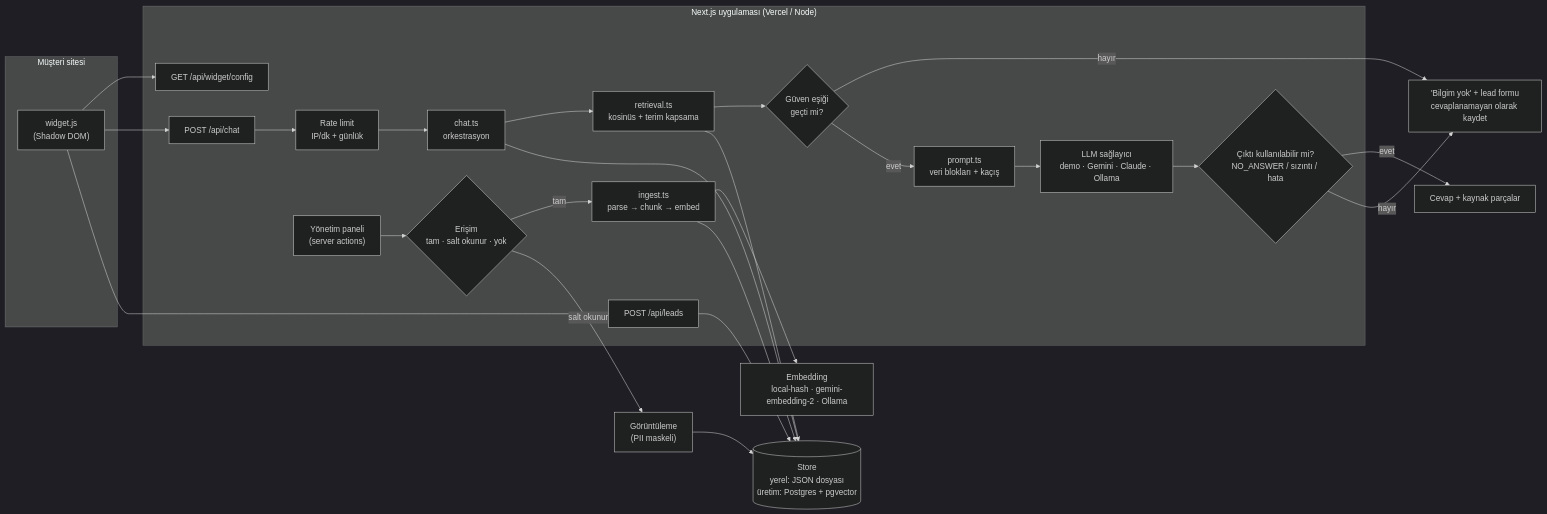
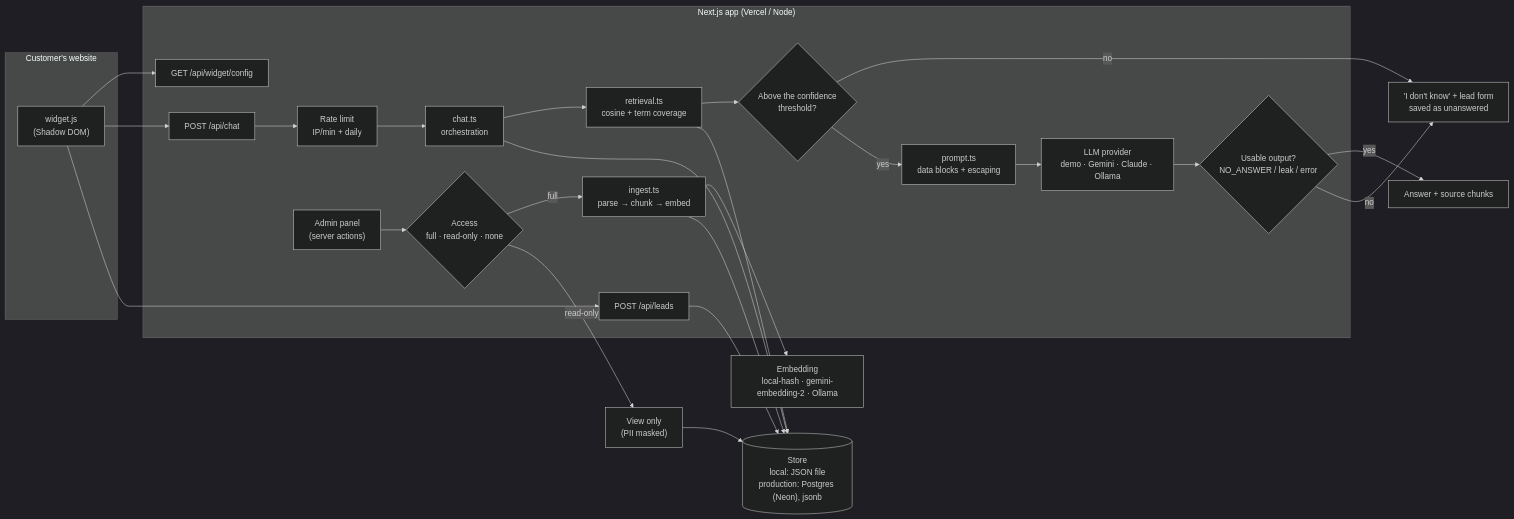
One commit to alkanefe22/ai-support-assistant changed the diagram in README.md. Above: the diagram before and after it, drawn with Mermaid (dark theme). The commit also changed other lines of this file and 7 other files, not shown here.

````diff
--- a/README.md
+++ b/README.md
@@ -68,39 +81,39 @@
 ```mermaid
 flowchart LR
-  subgraph Host["Müşteri sitesi"]
+  subgraph Host["Customer's website"]
     W["widget.js<br/>(Shadow DOM)"]
   end
 
-  subgraph App["Next.js uygulaması (Vercel / Node)"]
+  subgraph App["Next.js app (Vercel / Node)"]
     CFG["GET /api/widget/config"]
     CHAT["POST /api/chat"]
     LEAD["POST /api/leads"]
-    RL["Rate limit<br/>IP/dk + günlük"]
-    ORCH["chat.ts<br/>orkestrasyon"]
-    RET["retrieval.ts<br/>kosinüs + terim kapsama"]
-    GATE{"Güven eşiği<br/>geçti mi?"}
-    PROMPT["prompt.ts<br/>veri blokları + kaçış"]
-    LLM["LLM sağlayıcı<br/>demo · Gemini · Claude · Ollama"]
-    GUARD{"Çıktı kullanılabilir mi?<br/>NO_ANSWER / sızıntı / hata"}
-    ADMIN["Yönetim paneli<br/>(server actions)"]
-    ACL{"Erişim<br/>tam · salt okunur · yok"}
+    RL["Rate limit<br/>IP/min + daily"]
+    ORCH["chat.ts<br/>orchestration"]
+    RET["retrieval.ts<br/>cosine + term coverage"]
+    GATE{"Above the confidence<br/>threshold?"}
+    PROMPT["prompt.ts<br/>data blocks + escaping"]
+    LLM["LLM provider<br/>demo · Gemini · Claude · Ollama"]
+    GUARD{"Usable output?<br/>NO_ANSWER / leak / error"}
+    ADMIN["Admin panel<br/>(server actions)"]
+    ACL{"Access<br/>full · read-only · none"}
     ING["ingest.ts<br/>parse → chunk → embed"]
   end
 
-  DB[("Store<br/>yerel: JSON dosyası<br/>üretim: Postgres + pgvector")]
+  DB[("Store<br/>local: JSON file<br/>production: Postgres (Neon), jsonb")]
   EMB["Embedding<br/>local-hash · gemini-embedding-2 · Ollama"]
 
   W --> CFG
   W --> CHAT --> RL --> ORCH --> RET --> GATE
-  GATE -- hayır --> HO["'Bilgim yok' + lead formu<br/>cevaplanamayan olarak kaydet"]
-  GATE -- evet --> PROMPT --> LLM --> GUARD
-  GUARD -- evet --> ANS["Cevap + kaynak parçalar"]
-  GUARD -- hayır --> HO
+  GATE -- no --> HO["'I don't know' + lead form<br/>saved as unanswered"]
+  GATE -- yes --> PROMPT --> LLM --> GUARD
+  GUARD -- yes --> ANS["Answer + source chunks"]
+  GUARD -- no --> HO
   W --> LEAD --> DB
   ADMIN --> ACL
-  ACL -- tam --> ING --> EMB
+  ACL -- full --> ING --> EMB
   ING --> DB
-  ACL -- salt okunur --> VIEW["Görüntüleme<br/>(PII maskeli)"] --> DB
+  ACL -- read-only --> VIEW["View only<br/>(PII masked)"] --> DB
   RET --> DB
   ORCH --> DB
 ```
````
